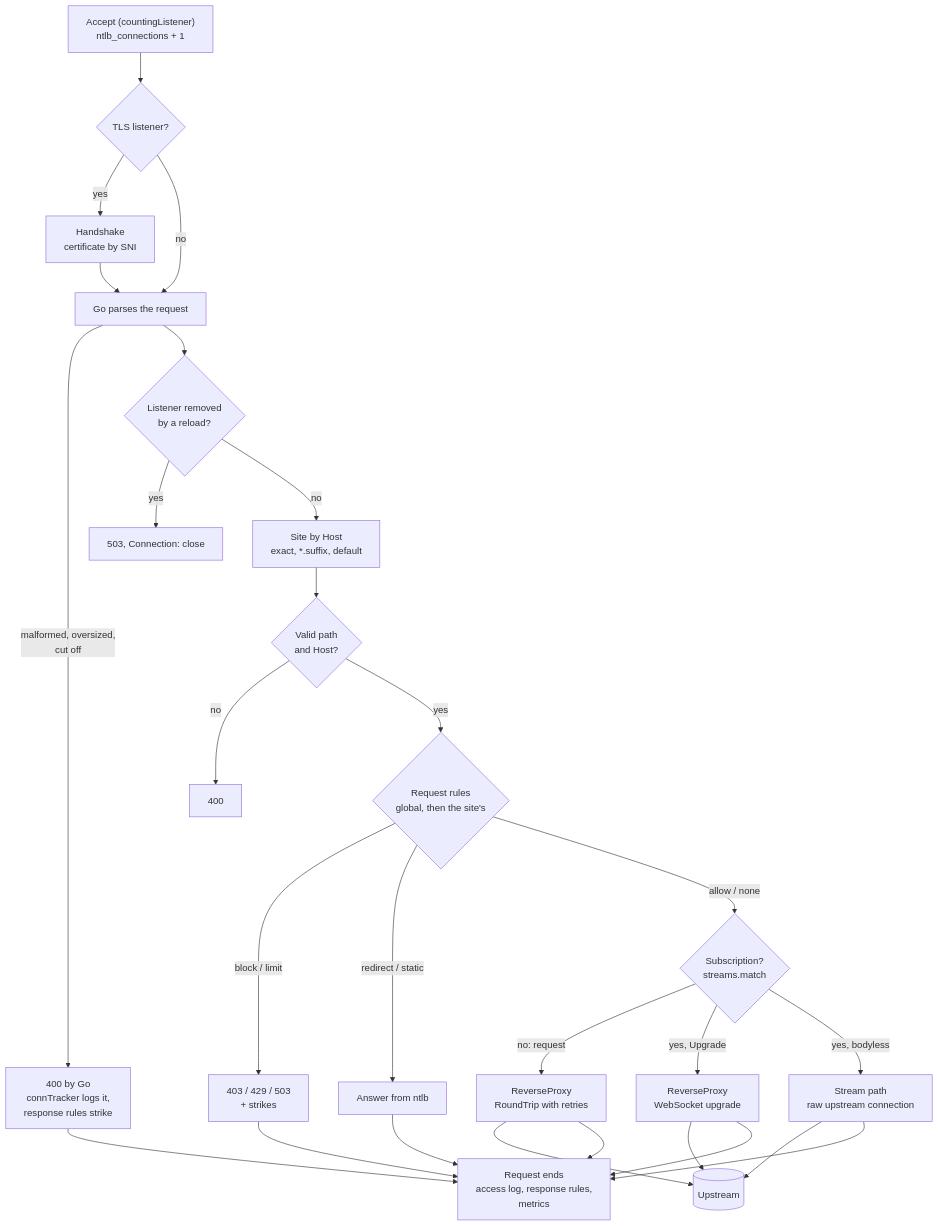
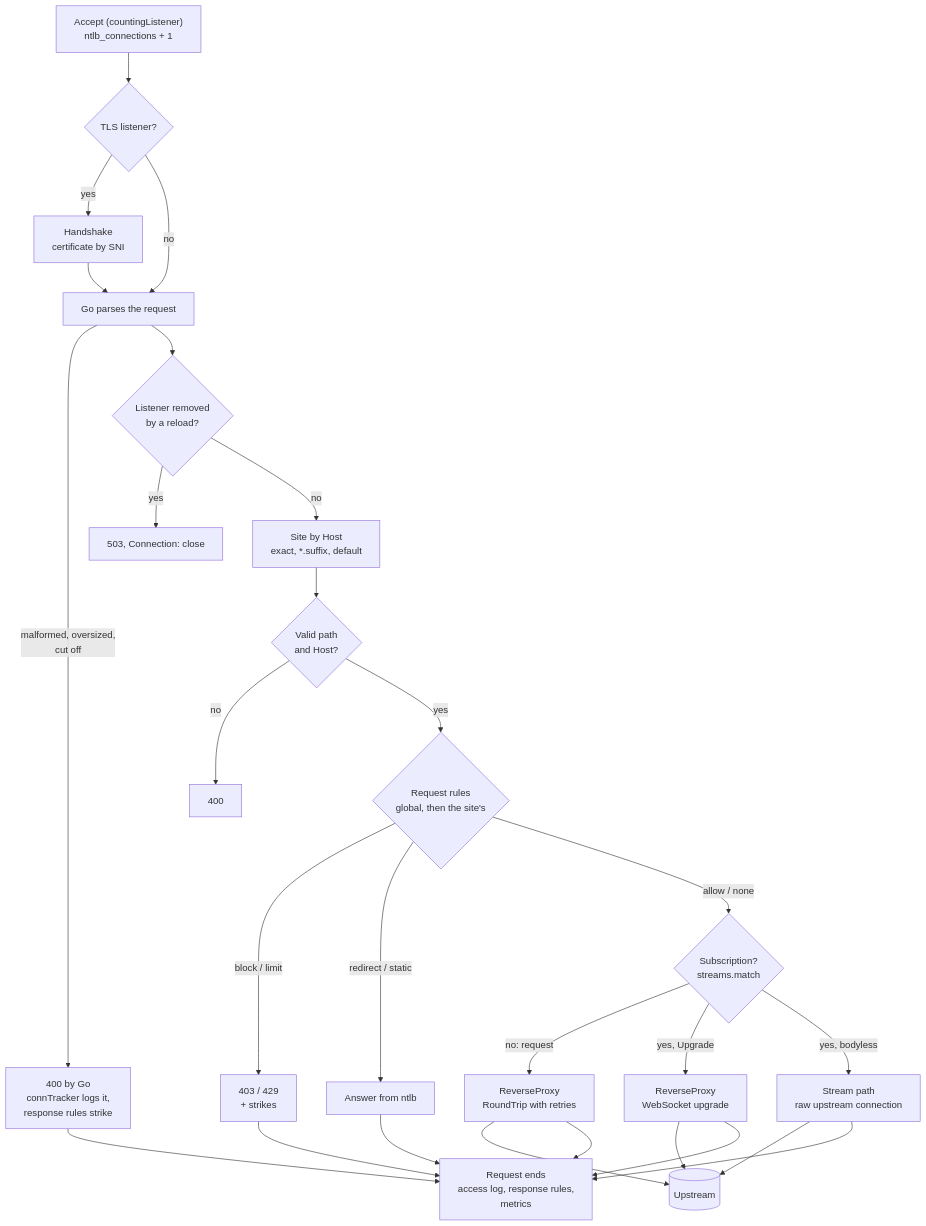
One commit to binwiederhier/ntlb changed the third of 16 diagrams in docs/architecture.md. Above: the diagram before and after it, drawn with Mermaid. The commit also changed 19 other files, not shown here.

````diff
--- a/docs/architecture.md
+++ b/docs/architecture.md
@@ -121,28 +121,28 @@
 ```mermaid
 flowchart TD
     accept["Accept (countingListener)<br/>ntlb_connections + 1"] --> tls{"TLS listener?"}
     tls -- yes --> sni["Handshake<br/>certificate by SNI"] --> parse
     tls -- no --> parse["Go parses the request"]
     parse -- "malformed, oversized,<br/>cut off" --> bad["400 by Go<br/>connTracker logs it,<br/>response rules strike"]
     parse --> retired{"Listener removed<br/>by a reload?"}
     retired -- yes --> r503["503, Connection: close"]
     retired -- no --> site["Site by Host<br/>exact, *.suffix, default"]
     site --> valid{"Valid path<br/>and Host?"}
     valid -- no --> v400["400"]
     valid -- yes --> rules{"Request rules<br/>global, then the site's"}
-    rules -- "block / limit" --> deny["403 / 429 / 503<br/>+ strikes"]
+    rules -- "block / limit" --> deny["403 / 429<br/>+ strikes"]
     rules -- "redirect / static" --> serve["Answer from ntlb"]
     rules -- "allow / none" --> kind{"Subscription?<br/>streams.match"}
     kind -- "no: request" --> rp["ReverseProxy<br/>RoundTrip with retries"]
     kind -- "yes, Upgrade" --> ws["ReverseProxy<br/>WebSocket upgrade"]
     kind -- "yes, bodyless" --> sp["Stream path<br/>raw upstream connection"]
     rp --> up[("Upstream")]
     ws --> up
     sp --> up
     deny --> done
     serve --> done
     rp --> done["Request ends<br/>access log, response rules,<br/>metrics"]
     ws --> done
     sp --> done
     bad --> done
 ```
````
